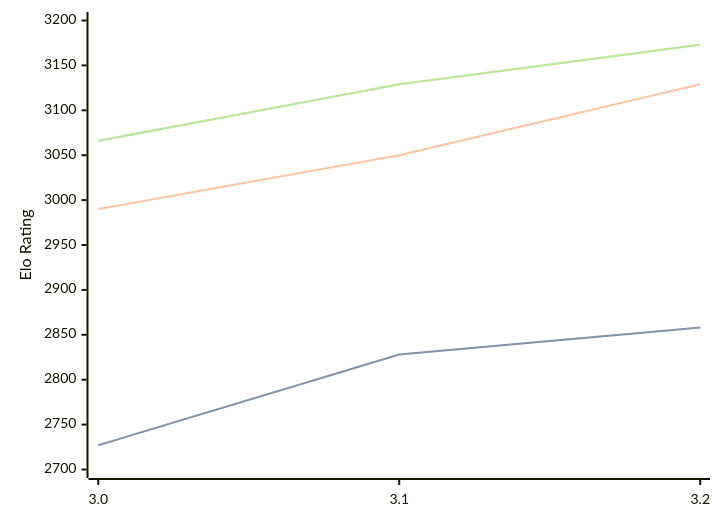
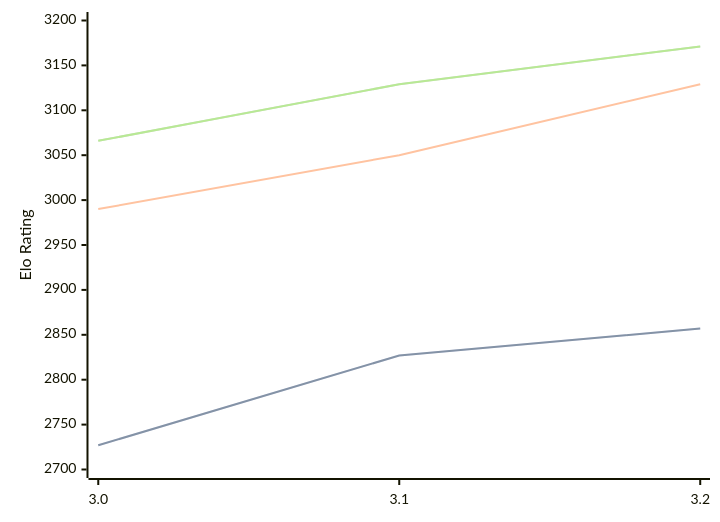
The diagram in engines/Vajolet2.md (computer-chess-index/cci), drawn with Mermaid before and after one commit. The commit also changed other lines of this file, not shown here.

Commit message:
Update CCI Ratings (ELO VLTC) - 2026-08-28

````diff
--- a/engines/Vajolet2.md
+++ b/engines/Vajolet2.md
@@ -33,11 +33,11 @@
 ```mermaid
 %%{init: {"theme":"base","themeVariables":{"seriesColors:['#a3a3a3','#222221','#faa371']}}}%%
 xychart-beta
   x-axis ["3.0", "3.1", "3.2"]
   y-axis "Elo Rating" 2700 --> 3200
-  line "" [2727, 2828, 2858]
-  line "STC (8.0+0.08s)" [2727, 2828, 2858]
+  line "" [2727, 2827, 2857]
+  line "STC (8.0+0.08s)" [2727, 2827, 2857]
   line "LTC (60.0+0.60s)" [2990, 3050, 3129]
-  line "" [3066, 3129, 3173]
-  line "VLTC (2m24s+1.12s)" [3066, 3129, 3173]
+  line "" [3066, 3129, 3171]
+  line "VLTC (2m24s+1.12s)" [3066, 3129, 3171]
 ```
````
